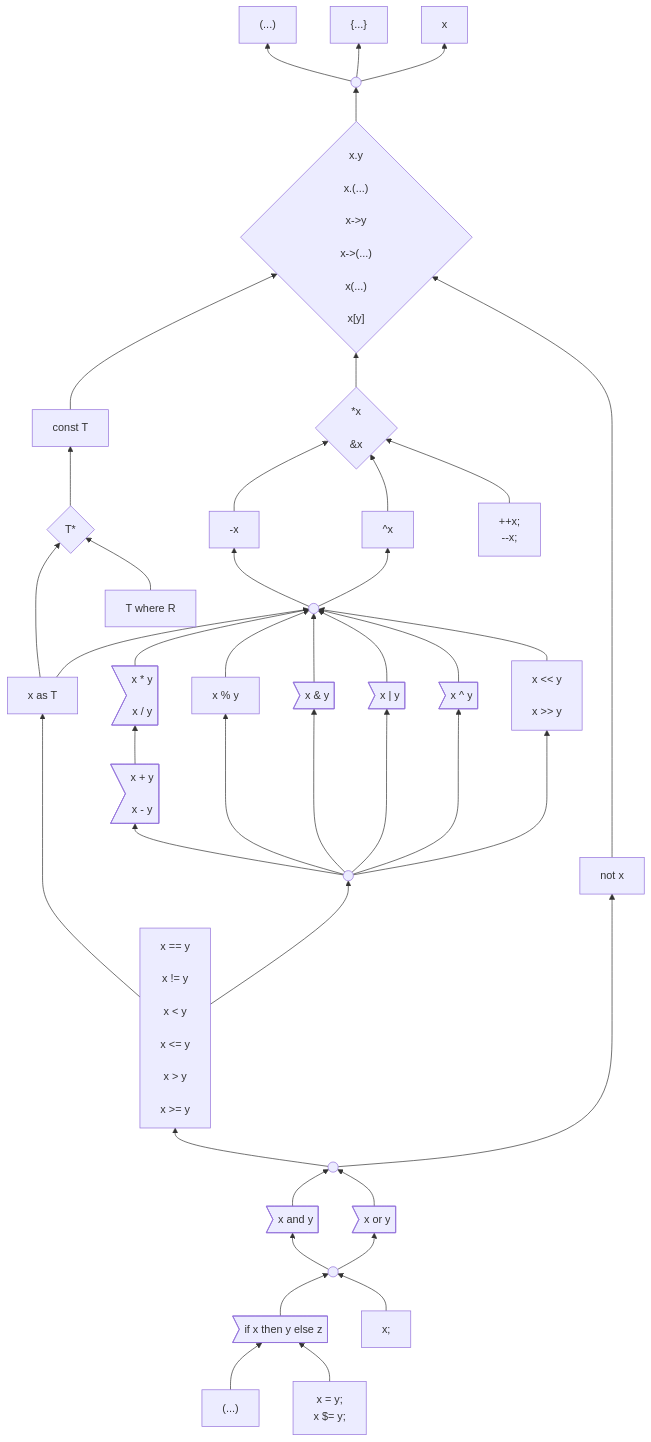
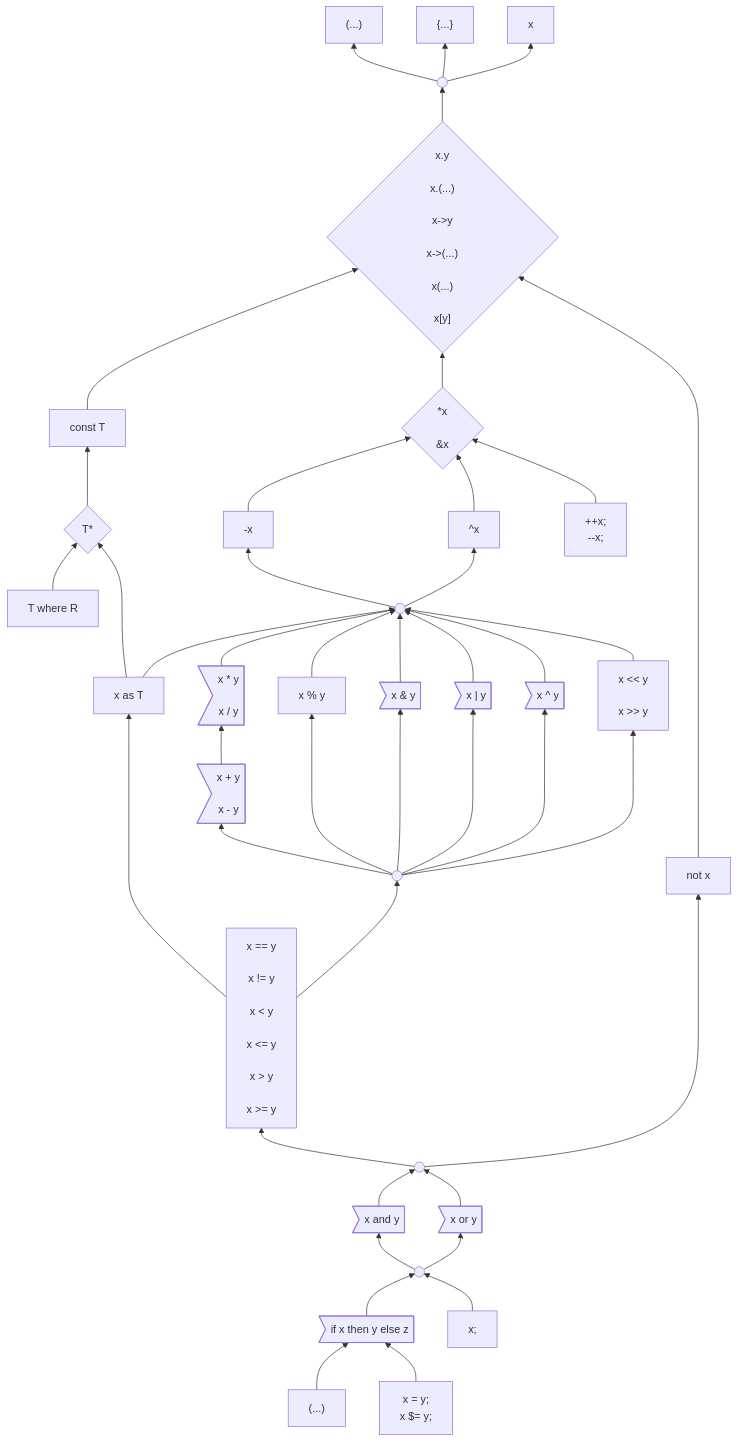
The first of 3 diagrams in docs/design/expressions/README.md (carbon-language/carbon-lang), drawn with Mermaid before and after one commit. The commit also changed other lines of this file, not shown here.

```diff
--- a/docs/design/expressions/README.md
+++ b/docs/design/expressions/README.md
@@ -159,6 +159,7 @@
 
     constType --> suffixOps
     pointerType --> constType
+    where --> pointerType
     as --> pointerType
 
     pointer --> suffixOps
@@ -171,7 +172,6 @@
     binaryOps --> addition & modulo & bitwise_and & bitwise_or & bitwise_xor & shift
     comparison --> binaryOps
     comparison ----> as
-    where --> pointerType
     %% where ----> binaryOps
     logicalOperand --> comparison & not
     and & or --> logicalOperand
```
